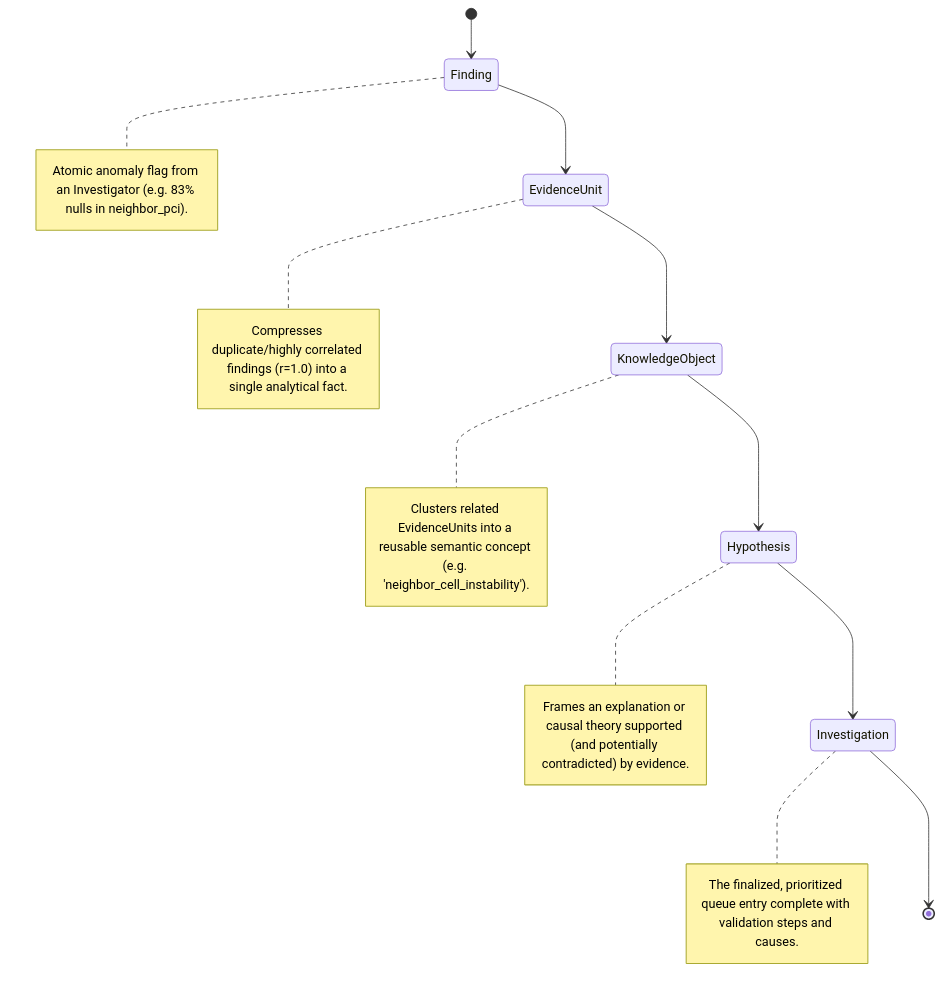
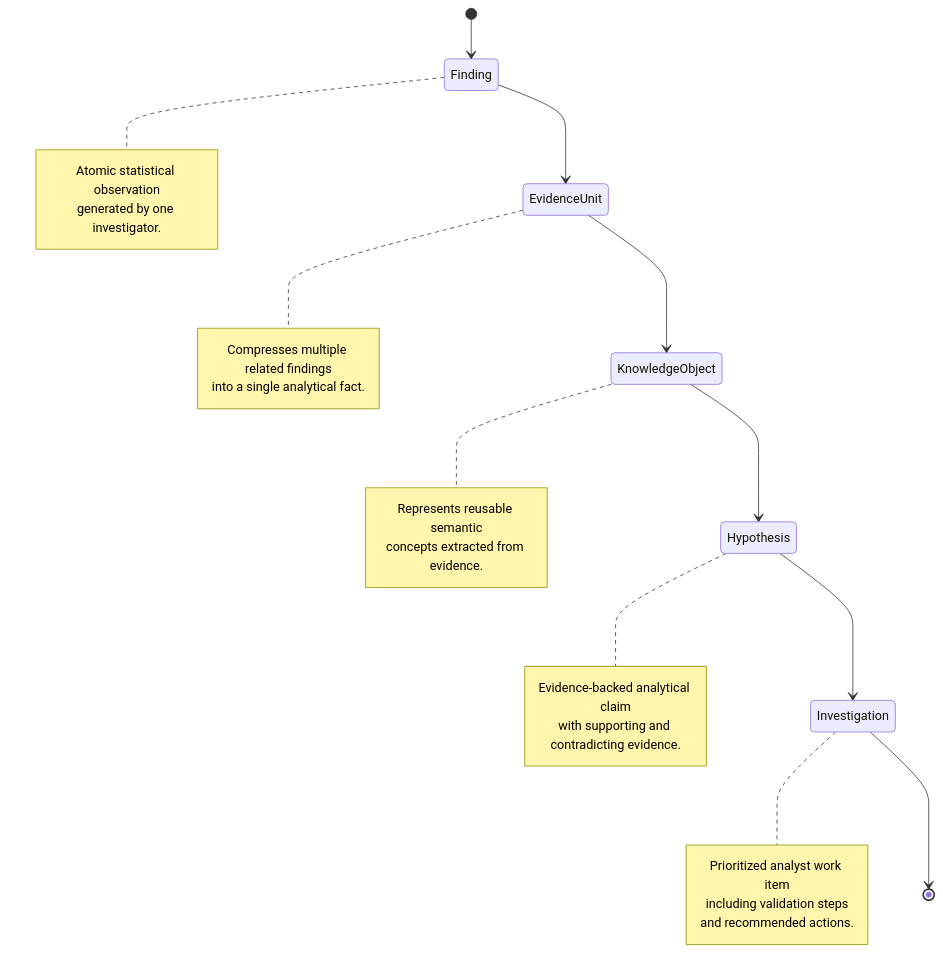
Before and after one commit to Ayushmanonlycode/INVESTIGATION: the second of 2 diagrams in README.md, drawn with Mermaid. The commit also changed other lines of this file, not shown here.

````diff
--- a/README.md
+++ b/README.md
@@ -60,19 +153,41 @@
 ```mermaid
 stateDiagram-v2
+
     [*] --> Finding
-    note right of Finding: Atomic anomaly flag from an Investigator (e.g. 83% nulls in neighbor_pci).
-    
+
+    note right of Finding
+        Atomic statistical observation
+        generated by one investigator.
+    end note
+
     Finding --> EvidenceUnit
-    note right of EvidenceUnit: Compresses duplicate/highly correlated findings (r=1.0) into a single analytical fact.
-    
+
+    note right of EvidenceUnit
+        Compresses multiple related findings
+        into a single analytical fact.
+    end note
+
     EvidenceUnit --> KnowledgeObject
-    note right of KnowledgeObject: Clusters related EvidenceUnits into a reusable semantic concept (e.g. 'neighbor_cell_instability').
-    
+
+    note right of KnowledgeObject
+        Represents reusable semantic
+        concepts extracted from evidence.
+    end note
+
     KnowledgeObject --> Hypothesis
-    note right of Hypothesis: Frames an explanation or causal theory supported (and potentially contradicted) by evidence.
-    
+
+    note right of Hypothesis
+        Evidence-backed analytical claim
+        with supporting and contradicting evidence.
+    end note
+
     Hypothesis --> Investigation
-    note right of Investigation: The finalized, prioritized queue entry complete with validation steps and causes.
-    
+
+    note right of Investigation
+        Prioritized analyst work item
+        including validation steps
+        and recommended actions.
+    end note
+
     Investigation --> [*]
 ```
````
